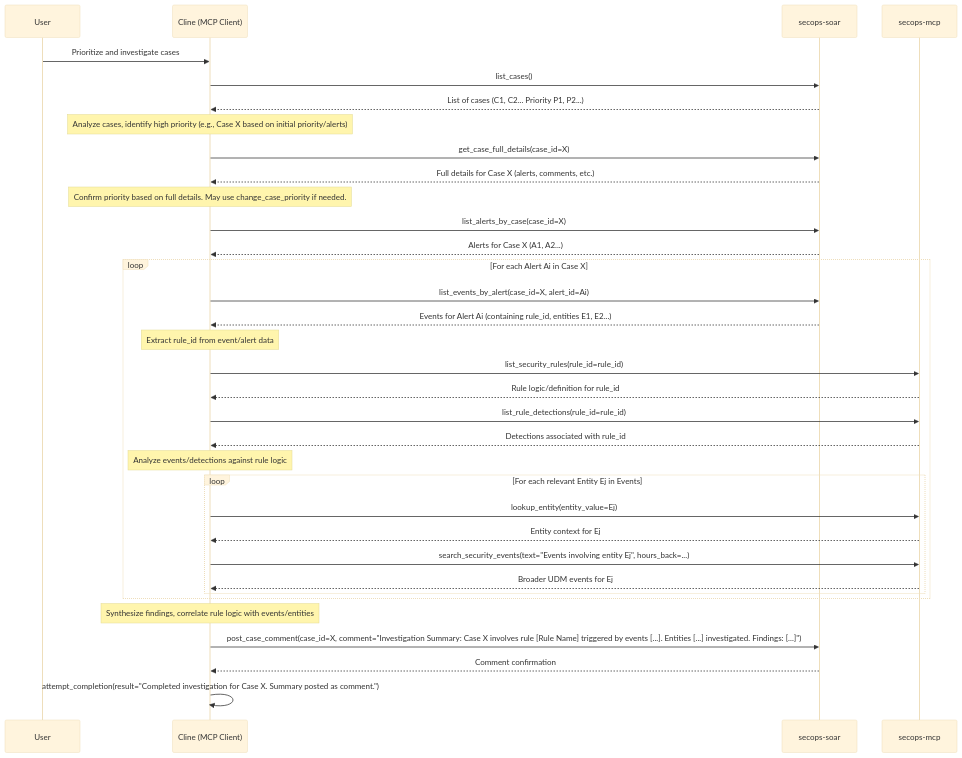
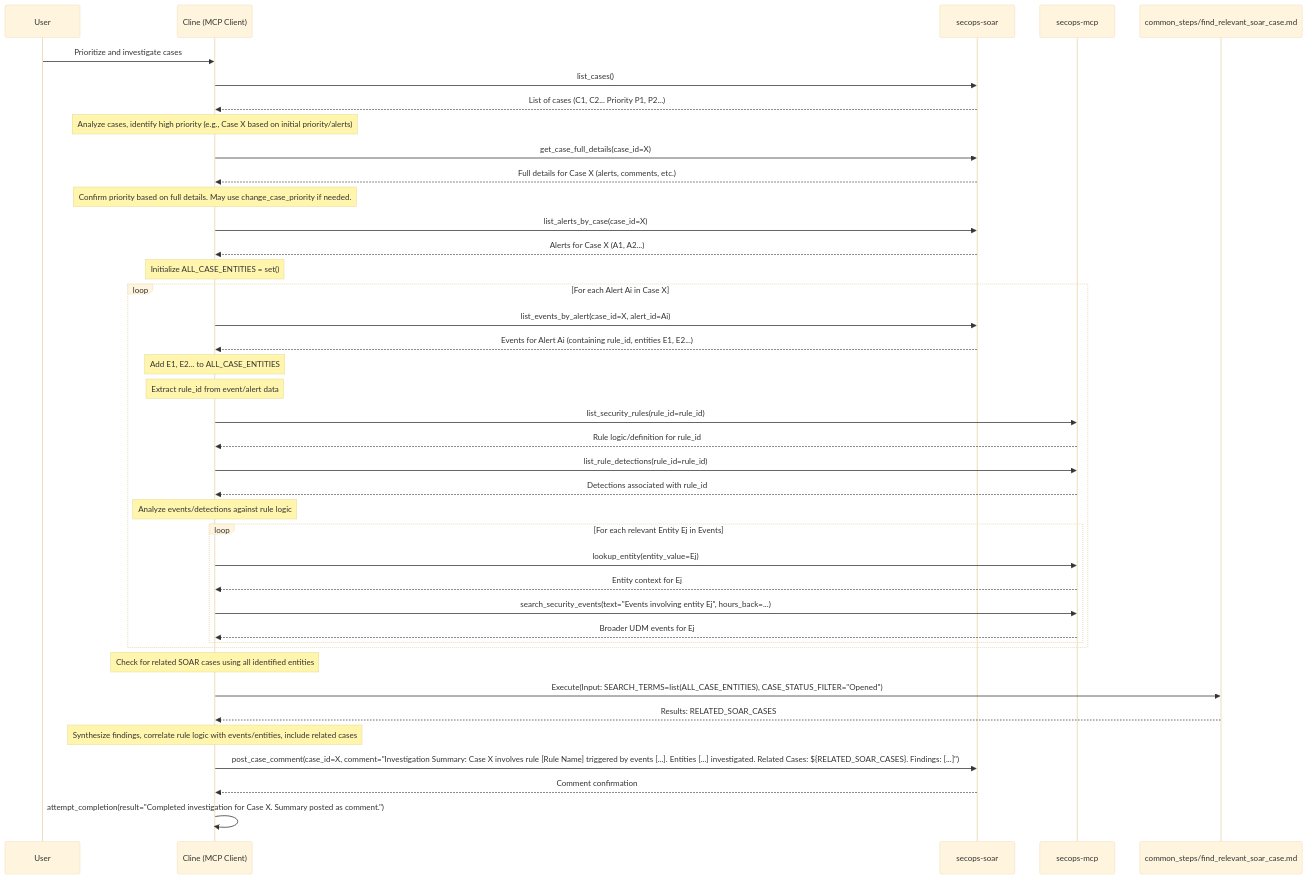
One commit to dandye/mcp-security changed the diagram in .clinerules/run_books/prioritize_and_investigate_a_case.md. Above: the diagram before and after it, drawn with Mermaid (base theme). The commit also changed other lines of this file and 14 other files, not shown here.

Commit message:
refactor runbooks to use find soar case

````diff
--- a/.clinerules/run_books/prioritize_and_investigate_a_case.md
+++ b/.clinerules/run_books/prioritize_and_investigate_a_case.md
@@ -16,38 +17,44 @@
 ```{mermaid}
 sequenceDiagram
     participant User
     participant Cline as Cline (MCP Client)
     participant SOAR as secops-soar
     participant SIEM as secops-mcp
+    participant FindCase as common_steps/find_relevant_soar_case.md
 
     User->>Cline: Prioritize and investigate cases
     Cline->>SOAR: list_cases()
     SOAR-->>Cline: List of cases (C1, C2... Priority P1, P2...)
     Note over Cline: Analyze cases, identify high priority (e.g., Case X based on initial priority/alerts)
     Cline->>SOAR: get_case_full_details(case_id=X)
     SOAR-->>Cline: Full details for Case X (alerts, comments, etc.)
     Note over Cline: Confirm priority based on full details. May use change_case_priority if needed.
     Cline->>SOAR: list_alerts_by_case(case_id=X)
     SOAR-->>Cline: Alerts for Case X (A1, A2...)
+    Note over Cline: Initialize ALL_CASE_ENTITIES = set()
     loop For each Alert Ai in Case X
         Cline->>SOAR: list_events_by_alert(case_id=X, alert_id=Ai)
         SOAR-->>Cline: Events for Alert Ai (containing rule_id, entities E1, E2...)
+        Note over Cline: Add E1, E2... to ALL_CASE_ENTITIES
         Note over Cline: Extract rule_id from event/alert data
         Cline->>SIEM: list_security_rules(rule_id=rule_id)
         SIEM-->>Cline: Rule logic/definition for rule_id
         Cline->>SIEM: list_rule_detections(rule_id=rule_id)
         SIEM-->>Cline: Detections associated with rule_id
         Note over Cline: Analyze events/detections against rule logic
         loop For each relevant Entity Ej in Events
             Cline->>SIEM: lookup_entity(entity_value=Ej)
             SIEM-->>Cline: Entity context for Ej
             Cline->>SIEM: search_security_events(text="Events involving entity Ej", hours_back=...)
             SIEM-->>Cline: Broader UDM events for Ej
         end
     end
-    Note over Cline: Synthesize findings, correlate rule logic with events/entities
-    Cline->>SOAR: post_case_comment(case_id=X, comment="Investigation Summary: Case X involves rule [Rule Name] triggered by events [...]. Entities [...] investigated. Findings: [...]")
+    Note over Cline: Check for related SOAR cases using all identified entities
+    Cline->>FindCase: Execute(Input: SEARCH_TERMS=list(ALL_CASE_ENTITIES), CASE_STATUS_FILTER="Opened")
+    FindCase-->>Cline: Results: RELATED_SOAR_CASES
+    Note over Cline: Synthesize findings, correlate rule logic with events/entities, include related cases
+    Cline->>SOAR: post_case_comment(case_id=X, comment="Investigation Summary: Case X involves rule [Rule Name] triggered by events [...]. Entities [...] investigated. Related Cases: ${RELATED_SOAR_CASES}. Findings: [...]")
     SOAR-->>Cline: Comment confirmation
     Cline->>Cline: attempt_completion(result="Completed investigation for Case X. Summary posted as comment.")
 
 ```
````
